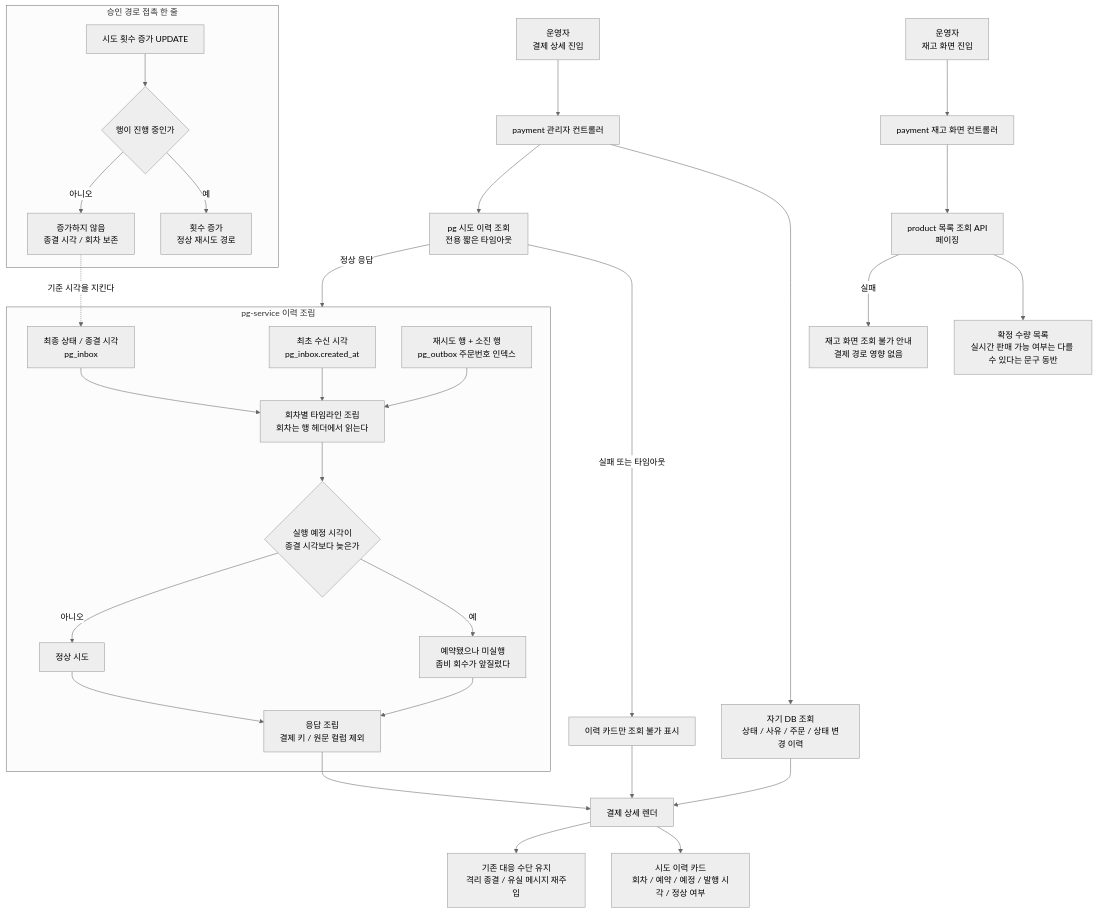
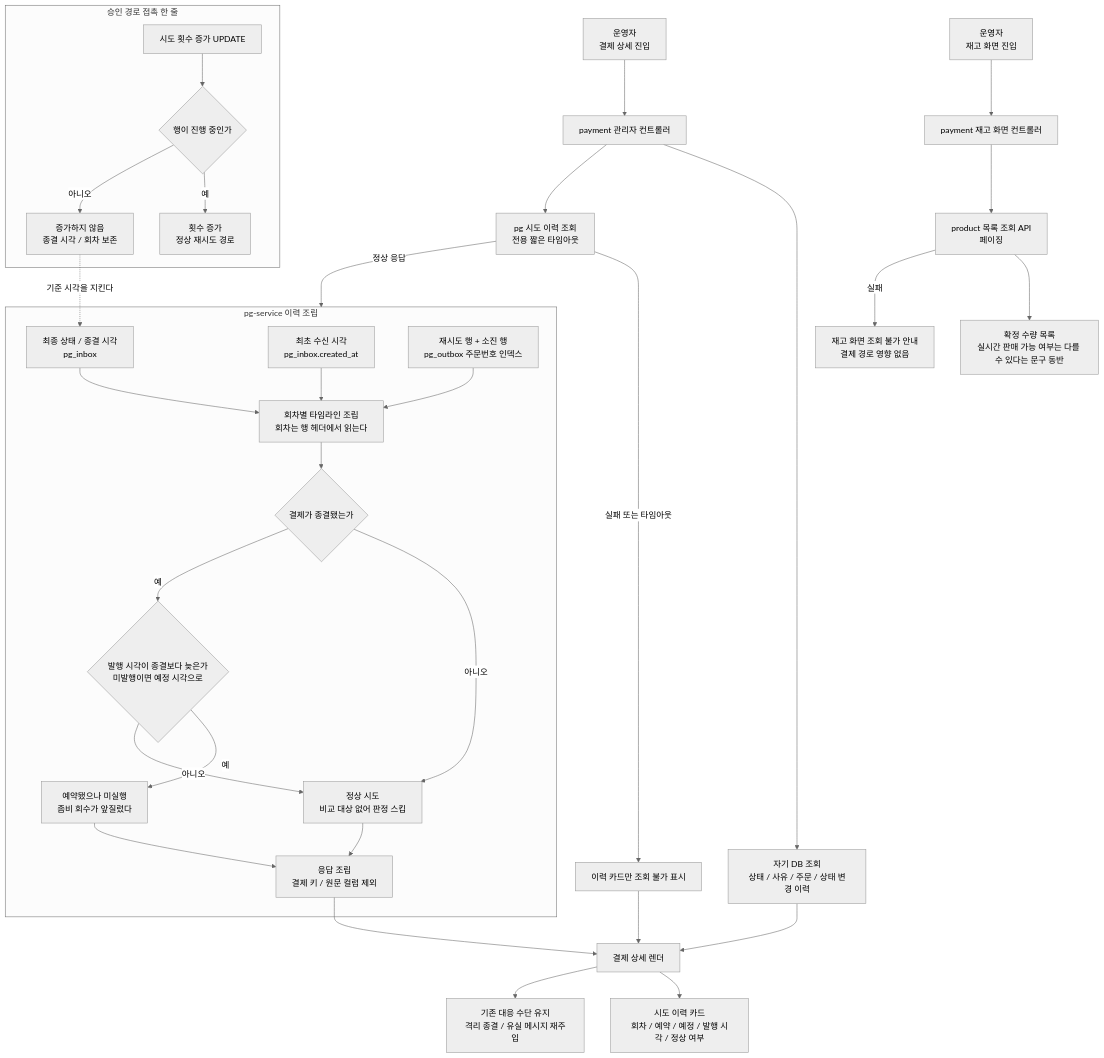
One commit to hyoguoo/payment-platform changed the first of 2 diagrams in docs/topics/ADMIN-VISIBILITY.md. Above: the diagram before and after it, drawn with Mermaid (neutral theme). The commit also changed other lines of this file and 2 other files, not shown here.

Commit message:
docs: 관리자 화면 가시성 확충 구현 플랜 작성
13태스크로 분해했다. pg 가 이력을 내주고, payment 가 받아 그리고,
product 가 재고 목록을 내주는 순서다.

- Task 1: incrementAttempt 상태 가드 (승인 경로 접촉 유일)
- Task 2~5: pg 조회 인덱스 -> 이력 행 조회 -> 조립 서비스 -> 엔드포인트
- Task 6~8: payment 전용 Feign + 어댑터 + 상세 이력 카드 및 부분 렌더
- Task 9~12: product 목록 API -> payment 재고 조회 포트 -> 재고 화면
- Task 13: 라이브 검증 (Eureka 해석 / 최초 HTTP 진입점 라우팅)

게이트 반영으로 유령 행 판정 기준을 정밀화했다 — 실행 예정 시각만
비교하면 발행이 종결 이후로 밀린 행을 놓치므로, 발행 시각이 있으면
그것으로 판정하고 없을 때만 예정 시각을 쓴다. 비종결 결제는 비교
대상이 없어 판정을 건너뛴다. 설계 문서 결정 사항도 함께 갱신.

Claude-Session: https://claude.ai/code/session_01SchWHMw54ySR5TMGt81TEL

````diff
--- a/docs/topics/ADMIN-VISIBILITY.md
+++ b/docs/topics/ADMIN-VISIBILITY.md
@@ -15,40 +15,42 @@
 ```mermaid
 flowchart TD
     OP1["운영자<br/>결제 상세 진입"] --> PC["payment 관리자 컨트롤러"]
 
     PC --> LOCAL["자기 DB 조회<br/>상태 / 사유 / 주문 / 상태 변경 이력"]
     PC --> CALL["pg 시도 이력 조회<br/>전용 짧은 타임아웃"]
 
     CALL -->|"정상 응답"| PGQ
     CALL -->|"실패 또는 타임아웃"| DEGRADE["이력 카드만 조회 불가 표시"]
 
     subgraph PGQ["pg-service 이력 조립"]
         Q1["최초 수신 시각<br/>pg_inbox.created_at"] --> Q4
         Q2["최종 상태 / 종결 시각<br/>pg_inbox"] --> Q4
         Q3["재시도 행 + 소진 행<br/>pg_outbox 주문번호 인덱스"] --> Q4
-        Q4["회차별 타임라인 조립<br/>회차는 행 헤더에서 읽는다"] --> Q5{"실행 예정 시각이<br/>종결 시각보다 늦은가"}
-        Q5 -->|"예"| Q6["예약됐으나 미실행<br/>좀비 회수가 앞질렀다"]
-        Q5 -->|"아니오"| Q7["정상 시도"]
+        Q4["회차별 타임라인 조립<br/>회차는 행 헤더에서 읽는다"] --> Q5{"결제가 종결됐는가"}
+        Q5 -->|"아니오"| Q7["정상 시도<br/>비교 대상 없어 판정 스킵"]
+        Q5 -->|"예"| Q9{"발행 시각이 종결보다 늦은가<br/>미발행이면 예정 시각으로"}
+        Q9 -->|"예"| Q6["예약됐으나 미실행<br/>좀비 회수가 앞질렀다"]
+        Q9 -->|"아니오"| Q7
         Q6 --> Q8["응답 조립<br/>결제 키 / 원문 컬럼 제외"]
         Q7 --> Q8
     end
 
     Q8 --> RENDER
     LOCAL --> RENDER["결제 상세 렌더"]
     DEGRADE --> RENDER
     RENDER --> OUT1["시도 이력 카드<br/>회차 / 예약 / 예정 / 발행 시각 / 정상 여부"]
     RENDER --> OUT2["기존 대응 수단 유지<br/>격리 종결 / 유실 메시지 재주입"]
 
     OP2["운영자<br/>재고 화면 진입"] --> SC["payment 재고 화면 컨트롤러"]
     SC --> PROD["product 목록 조회 API<br/>페이징"]
     PROD --> OUT3["확정 수량 목록<br/>실시간 판매 가능 여부는 다를 수 있다는 문구 동반"]
     PROD -->|"실패"| OUT4["재고 화면 조회 불가 안내<br/>결제 경로 영향 없음"]
 
     subgraph GUARD["승인 경로 접촉 한 줄"]
         G1["시도 횟수 증가 UPDATE"] --> G2{"행이 진행 중인가"}
         G2 -->|"예"| G3["횟수 증가<br/>정상 재시도 경로"]
         G2 -->|"아니오"| G4["증가하지 않음<br/>종결 시각 / 회차 보존"]
     end
 
     G4 -.->|"기준 시각을 지킨다"| Q2
 ```
````
